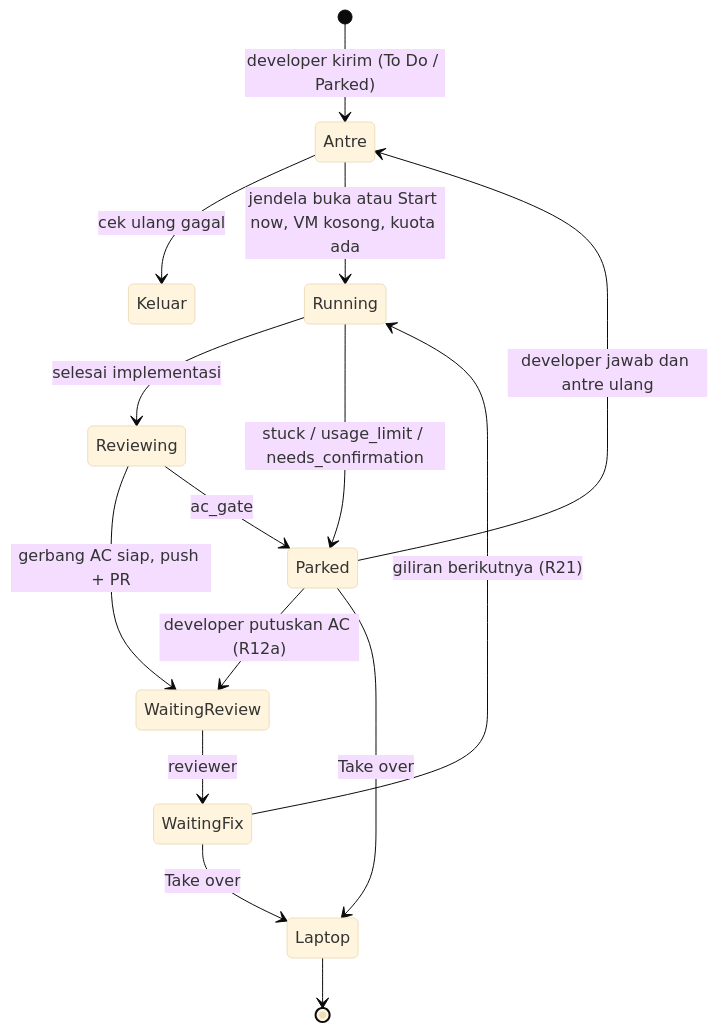
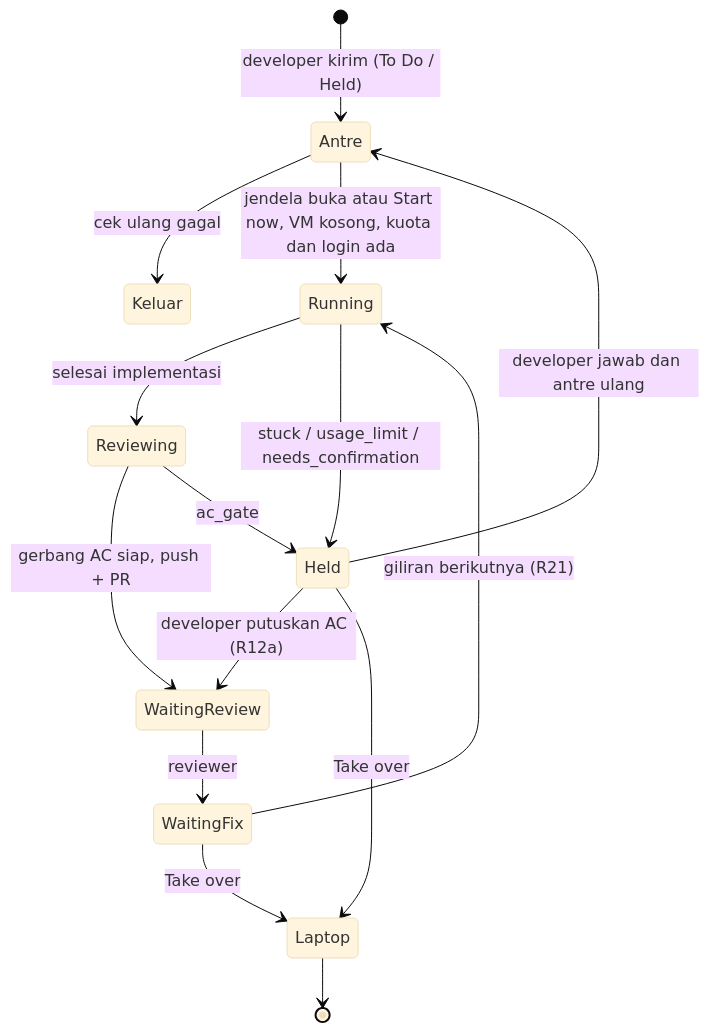
One commit to handokobeni/mandor changed the second of 2 diagrams in docs/plans/2026-10-23-002-feat-vm-overnight-mode-plan.md. Above: the diagram before and after it, drawn with Mermaid (base theme). The commit also changed other lines of this file, not shown here.

First line of the commit message:
docs(plan): terapkan review rencana mode VM

````diff
--- a/docs/plans/2026-10-23-002-feat-vm-overnight-mode-plan.md
+++ b/docs/plans/2026-10-23-002-feat-vm-overnight-mode-plan.md
@@ -223,17 +224,17 @@
 ```mermaid
 stateDiagram-v2
-  [*] --> Antre: developer kirim (To Do / Parked)
+  [*] --> Antre: developer kirim (To Do / Held)
   Antre --> Keluar: cek ulang gagal
-  Antre --> Running: jendela buka atau Start now, VM kosong, kuota ada
+  Antre --> Running: jendela buka atau Start now, VM kosong, kuota dan login ada
   Running --> Reviewing: selesai implementasi
   Reviewing --> WaitingReview: gerbang AC siap, push + PR
-  Reviewing --> Parked: ac_gate
-  Running --> Parked: stuck / usage_limit / needs_confirmation
-  Parked --> WaitingReview: developer putuskan AC (R12a)
-  Parked --> Antre: developer jawab dan antre ulang
-  Parked --> Laptop: Take over
+  Reviewing --> Held: ac_gate
+  Running --> Held: stuck / usage_limit / needs_confirmation
+  Held --> WaitingReview: developer putuskan AC (R12a)
+  Held --> Antre: developer jawab dan antre ulang
+  Held --> Laptop: Take over
   WaitingReview --> WaitingFix: reviewer
   WaitingFix --> Running: giliran berikutnya (R21)
   WaitingFix --> Laptop: Take over
   Laptop --> [*]
 ```
````
